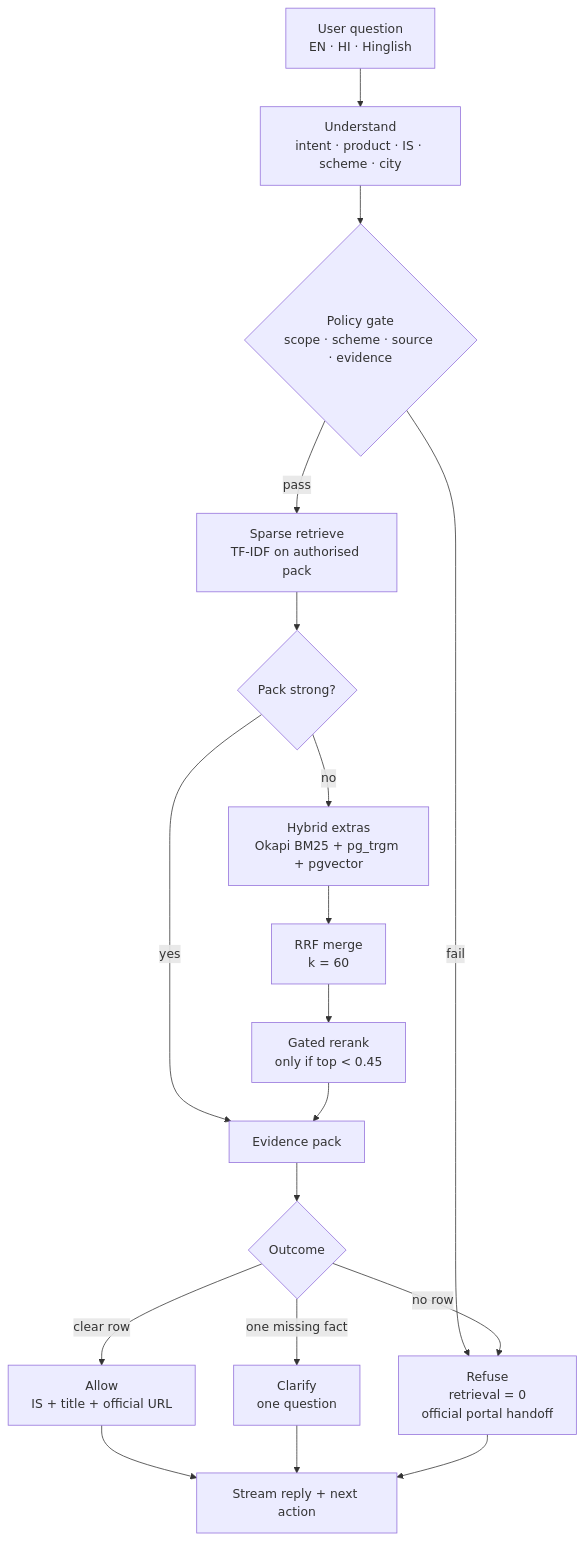
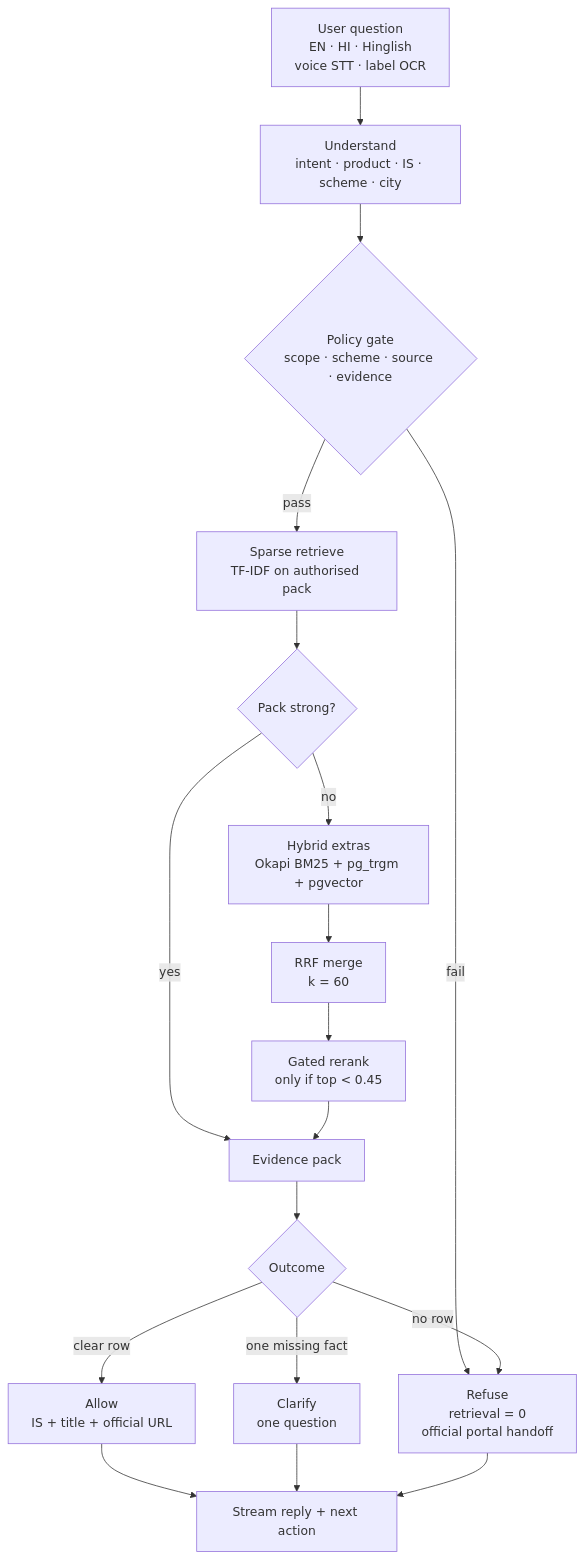
The diagram in README.md (owais265/ManakMitra), drawn with Mermaid before and after one commit. The commit also changed other lines of this file, not shown here.

````diff
--- a/README.md
+++ b/README.md
@@ -281,20 +432,20 @@
 ```mermaid
 flowchart TD
-  Q[User question<br/>EN · HI · Hinglish] --> U[Understand<br/>intent · product · IS · scheme · city]
+  Q[User question<br/>EN · HI · Hinglish<br/>voice STT · label OCR] --> U[Understand<br/>intent · product · IS · scheme · city]
   U --> G{Policy gate<br/>scope · scheme · source · evidence}
   G -->|fail| X[Refuse<br/>retrieval = 0<br/>official portal handoff]
   G -->|pass| S[Sparse retrieve<br/>TF-IDF on authorised pack]
   S --> W{Pack strong?}
   W -->|yes| E[Evidence pack]
   W -->|no| H[Hybrid extras<br/>Okapi BM25 + pg_trgm + pgvector]
   H --> F[RRF merge<br/>k = 60]
   F --> RR[Gated rerank<br/>only if top < 0.45]
   RR --> E
   E --> O{Outcome}
   O -->|clear row| A[Allow<br/>IS + title + official URL]
   O -->|one missing fact| C[Clarify<br/>one question]
   O -->|no row| X
   A --> R[Stream reply + next action]
   C --> R
   X --> R
 ```
````
